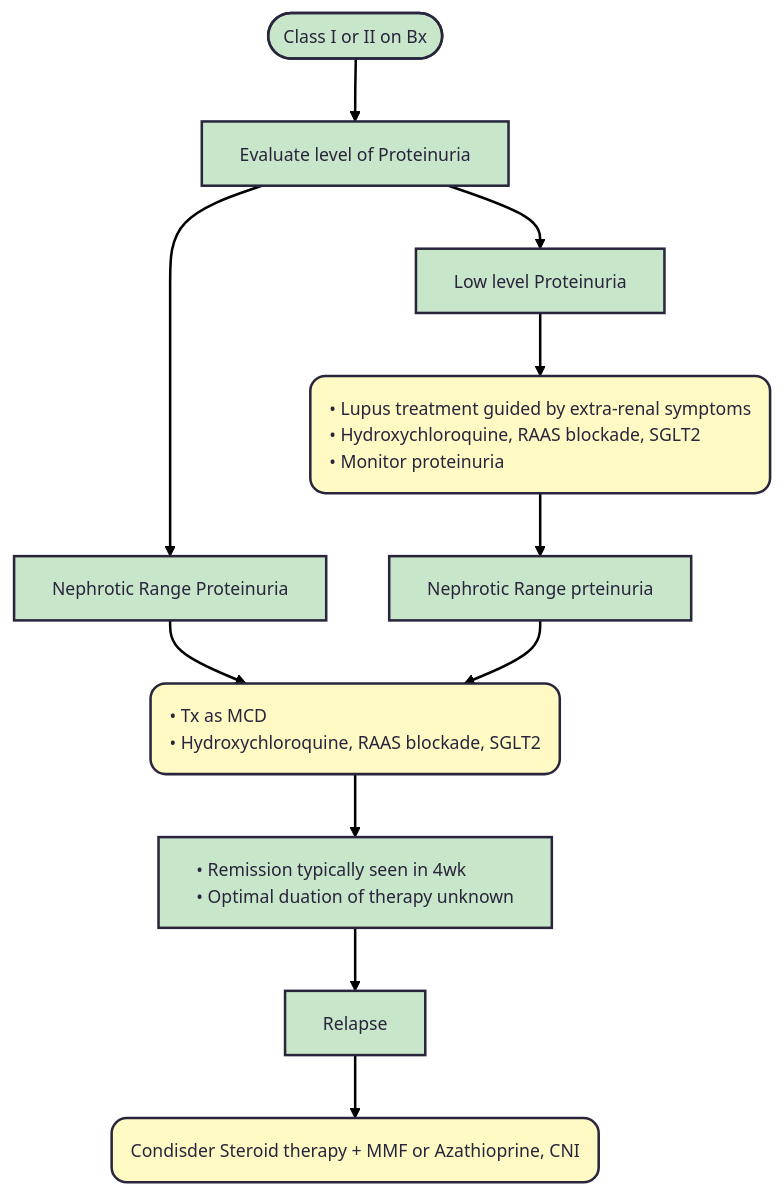
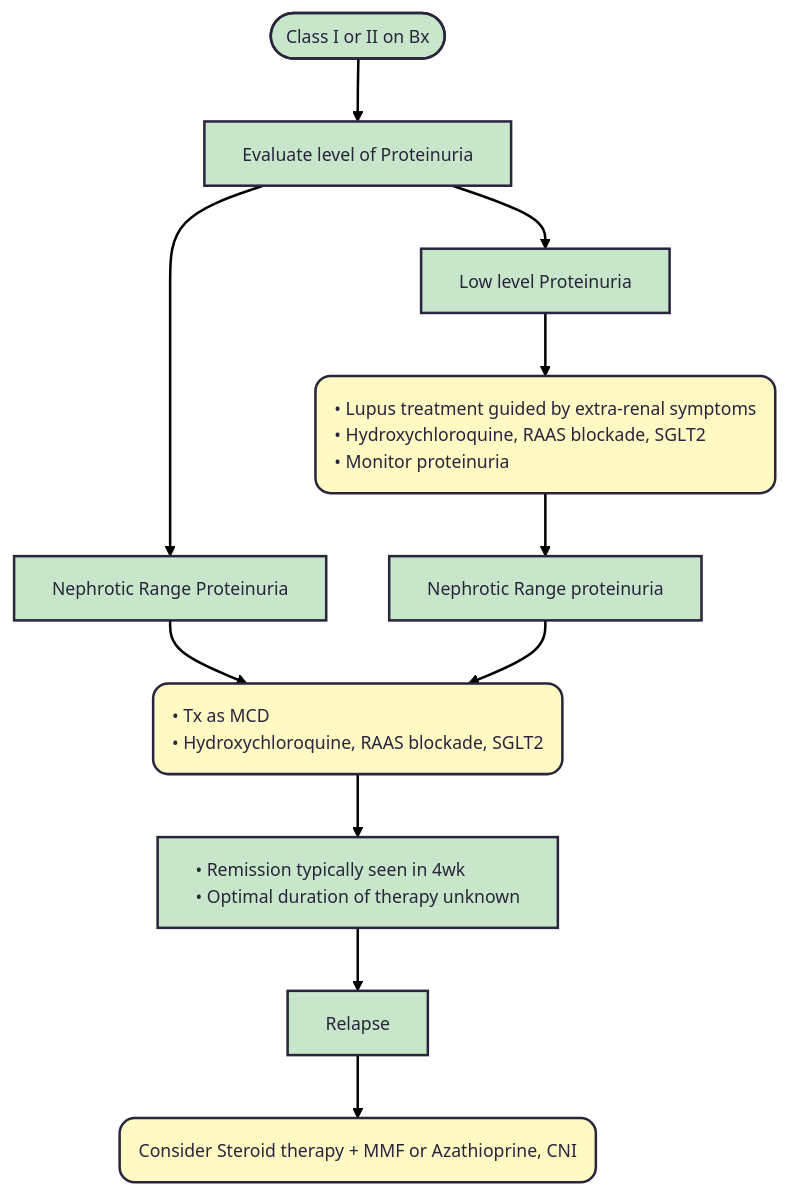
The first of 4 diagrams in docs/Lupus.md (TTUNEPH2025/GN), drawn with Mermaid before and after one commit. The commit also changed other lines of this file, not shown here.

````diff
--- a/docs/Lupus.md
+++ b/docs/Lupus.md
@@ -83,36 +83,36 @@
 ```mermaid
 ---
 config:
   theme: redux
   layout: dagre
 ---
 flowchart TB
     A(["Class I or II on Bx"]) --> n1["Evaluate level of Proteinuria"]
     n1 --> n2["Low level Proteinuria"] & n3["Nephrotic Range Proteinuria"]
     n2 --> n4["• Lupus treatment guided by extra-renal symptoms
     • Hydroxychloroquine, RAAS blockade, SGLT2
     • Monitor proteinuria"]
     n3 --> n5["• Tx as MCD 
     • Hydroxychloroquine, RAAS blockade, SGLT2"]
     n5 --> n6["• Remission typically seen in 4wk
-    • Optimal duation of therapy unknown"]
+    • Optimal duration of therapy unknown"]
     n6 --> n7["Relapse"]
-    n7 --> n8["Condisder Steroid therapy + MMF or Azathioprine, CNI"]
-    n4 --> n9["Nephrotic Range prteinuria"]
+    n7 --> n8["Consider Steroid therapy + MMF or Azathioprine, CNI"]
+    n4 --> n9["Nephrotic Range proteinuria"]
     n9 --> n5
 
     n4@{ shape: rounded}
     n5@{ shape: rounded}
     n8@{ shape: rounded}
     style A fill:#C8E6C9
     style n1 fill:#C8E6C9
     style n2 fill:#C8E6C9
     style n3 fill:#C8E6C9,white-space:nowrap
     style n4 fill:#FFF9C4,text-align:left,white-space:nowrap
     style n5 fill:#FFF9C4,text-align:left,white-space:nowrap
     style n6 fill:#C8E6C9,text-align:left,white-space:nowrap
     style n7 fill:#C8E6C9
     style n8 fill:#FFF9C4,text-align:left,white-space:nowrap
     style n9 fill:#C8E6C9,white-space:nowrap
     click n5 "https://ttuneph2025.github.io/GN/MCD/"
 ```
````
